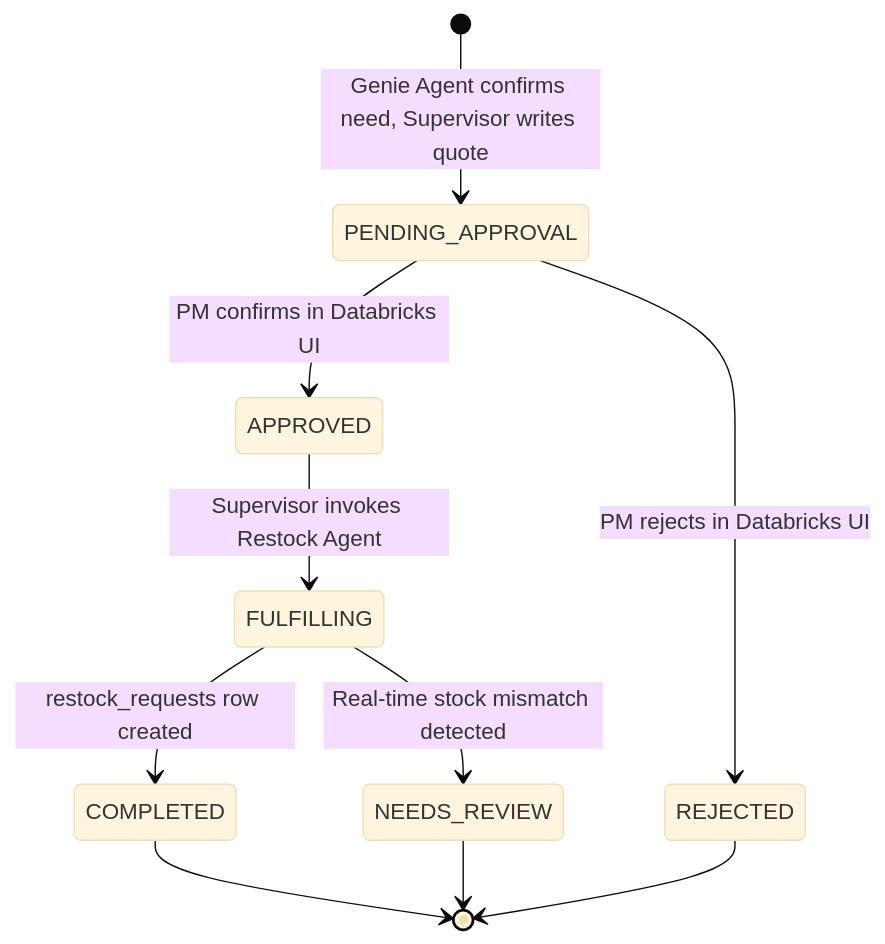
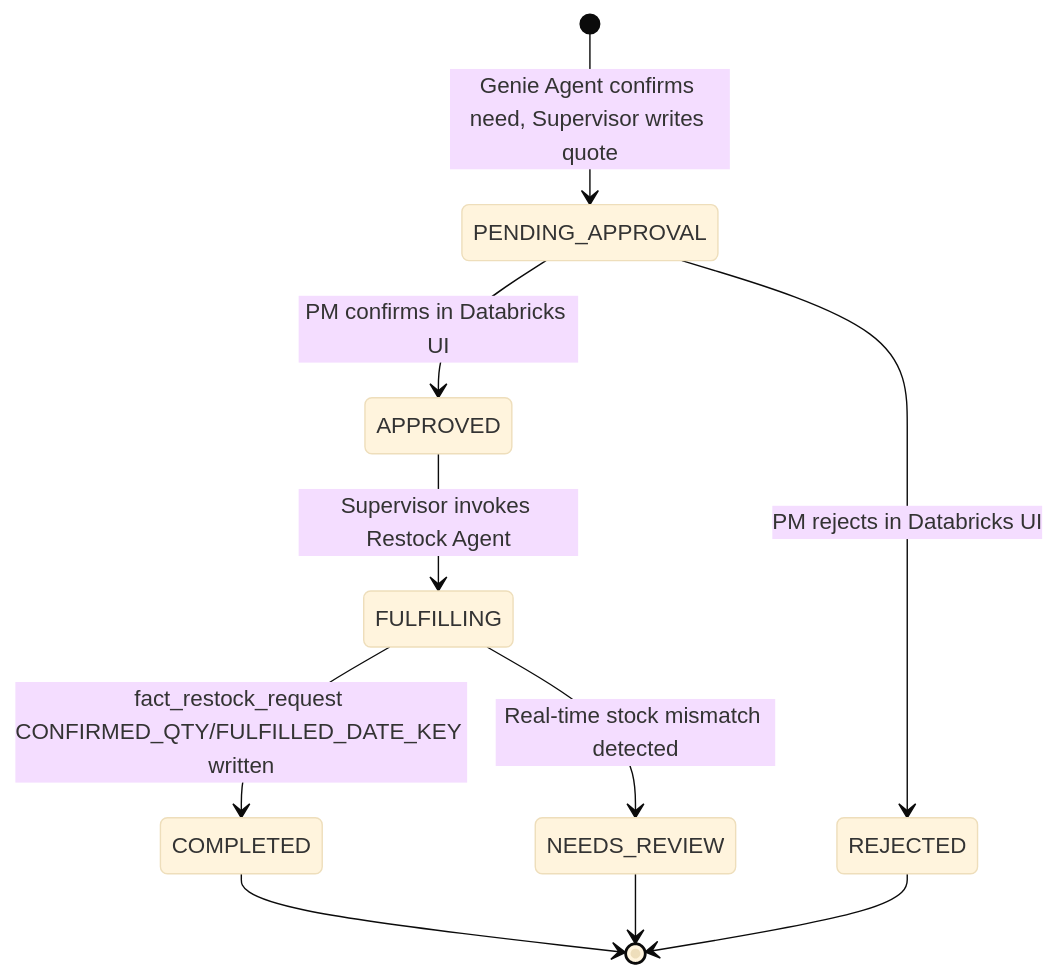
One commit to anurag-foc/restock_agent changed the third of 3 diagrams in docs/architecture.md. Above: the diagram before and after it, drawn with Mermaid (base theme). The commit also changed other lines of this file and 20 other files, not shown here.

````diff
--- a/docs/architecture.md
+++ b/docs/architecture.md
@@ -216,12 +269,12 @@
 ```mermaid
 stateDiagram-v2
     [*] --> PENDING_APPROVAL: Genie Agent confirms need, Supervisor writes quote
     PENDING_APPROVAL --> APPROVED: PM confirms in Databricks UI
     PENDING_APPROVAL --> REJECTED: PM rejects in Databricks UI
     APPROVED --> FULFILLING: Supervisor invokes Restock Agent
-    FULFILLING --> COMPLETED: restock_requests row created
+    FULFILLING --> COMPLETED: fact_restock_request CONFIRMED_QTY/FULFILLED_DATE_KEY written
     FULFILLING --> NEEDS_REVIEW: Real-time stock mismatch detected
     NEEDS_REVIEW --> [*]
     REJECTED --> [*]
     COMPLETED --> [*]
 ```
````
